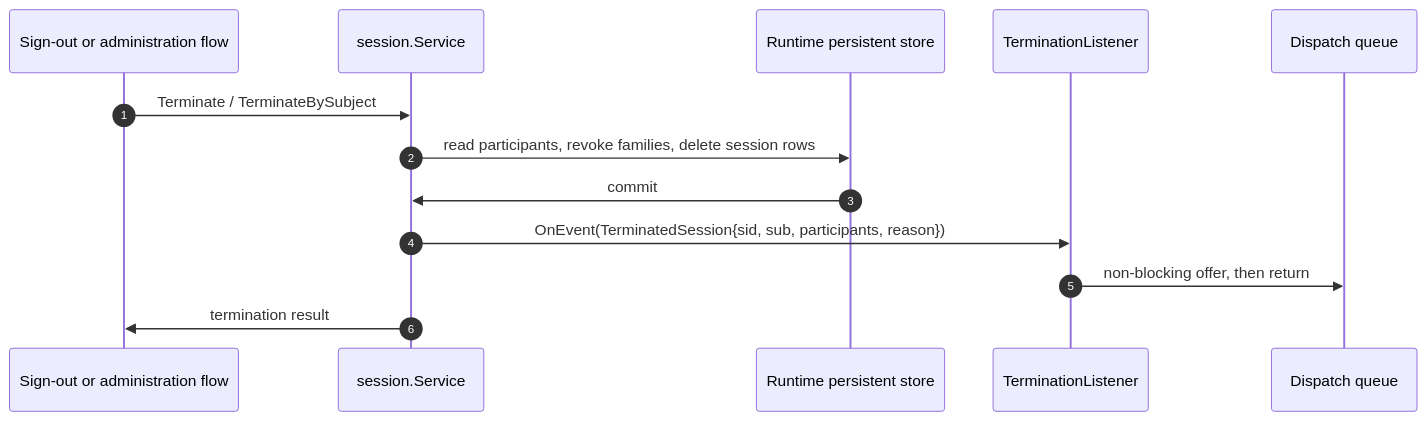
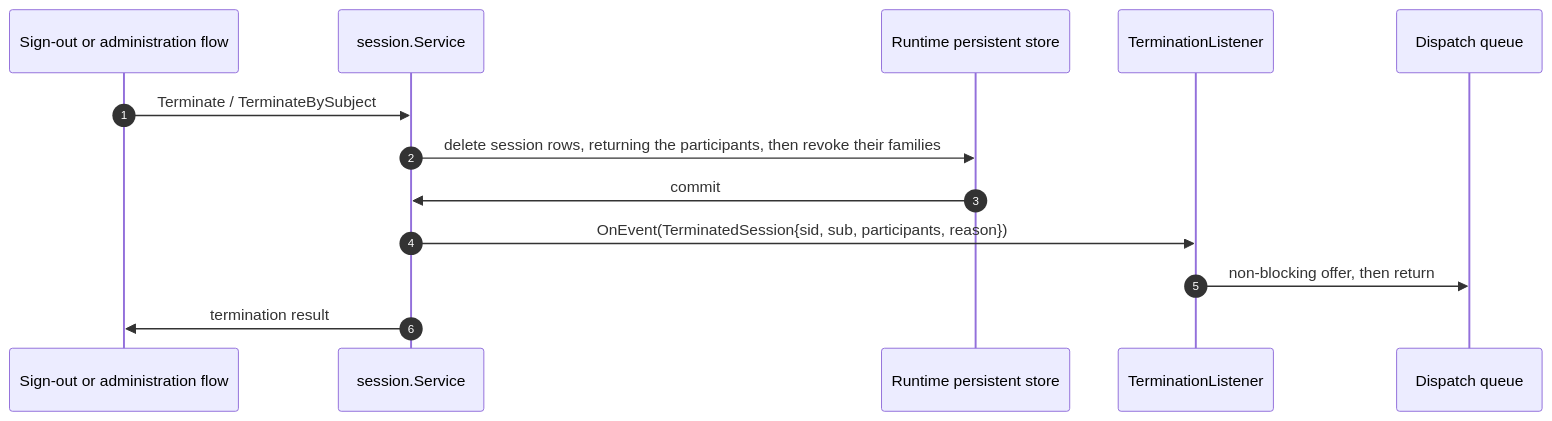
The fourth of 7 diagrams in docs-internals/back-channel-logout/threat-model.md (thunder-id/thunderid), drawn with Mermaid before and after one commit. The commit also changed other lines of this file and 11 other files, not shown here.

````diff
--- a/docs-internals/back-channel-logout/threat-model.md
+++ b/docs-internals/back-channel-logout/threat-model.md
@@ -251,15 +251,15 @@
 ```mermaid
 sequenceDiagram
   autonumber
   participant F as Sign-out or administration flow
   participant S as session.Service
   participant D as Runtime persistent store
   participant L as TerminationListener
   participant Q as Dispatch queue
   F->>S: Terminate / TerminateBySubject
-  S->>D: read participants, revoke families, delete session rows
+  S->>D: delete session rows, returning the participants, then revoke their families
   D->>S: commit
   S->>L: OnEvent(TerminatedSession{sid, sub, participants, reason})
   L->>Q: non-blocking offer, then return
   S->>F: termination result
 ```
````
